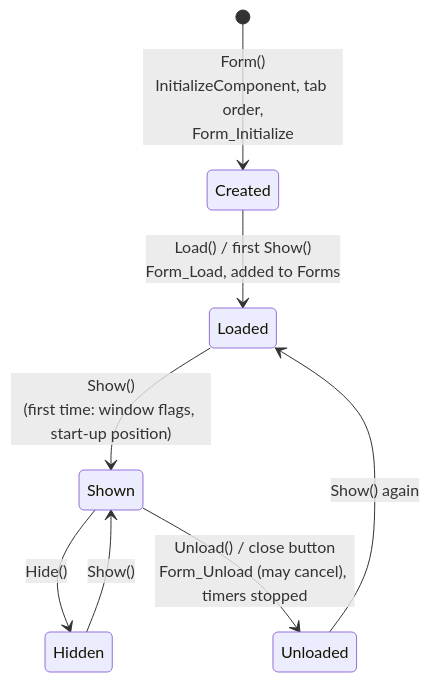
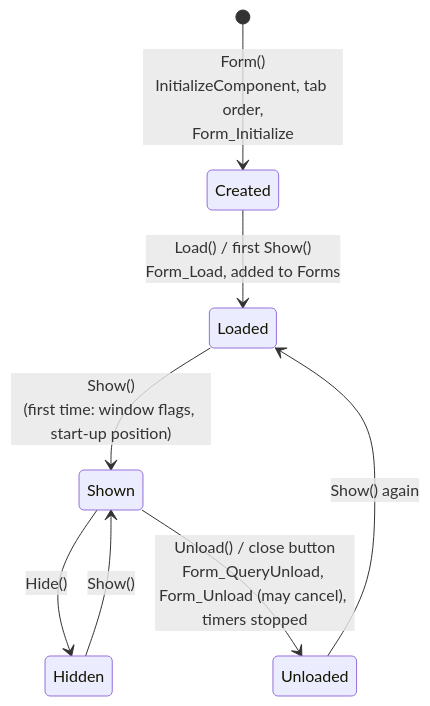
The third of 5 diagrams in docs/architecture.md (frackietv/vp6), drawn with Mermaid before and after one commit. The commit also changed other lines of this file and 16 other files, not shown here.

Commit message:
Default form instances (Form2.Show(), its controls, properties and variables through the class name; run() makes the running form the default), Form_QueryUnload with UnloadMode before Form_Unload, a form Icon property; the Kitchen Sink's dialog used through its default instance; v0.4.17

````diff
--- a/docs/architecture.md
+++ b/docs/architecture.md
@@ -267,10 +268,10 @@
 ```mermaid
 stateDiagram-v2
     [*] --> Created: Form()<br/>InitializeComponent, tab order,<br/>Form_Initialize
     Created --> Loaded: Load() / first Show()<br/>Form_Load, added to Forms
     Loaded --> Shown: Show()<br/>(first time: window flags, start-up position)
     Shown --> Hidden: Hide()
     Hidden --> Shown: Show()
-    Shown --> Unloaded: Unload() / close button<br/>Form_Unload (may cancel), timers stopped
+    Shown --> Unloaded: Unload() / close button<br/>Form_QueryUnload, Form_Unload (may cancel), timers stopped
     Unloaded --> Loaded: Show() again
 ```
````
